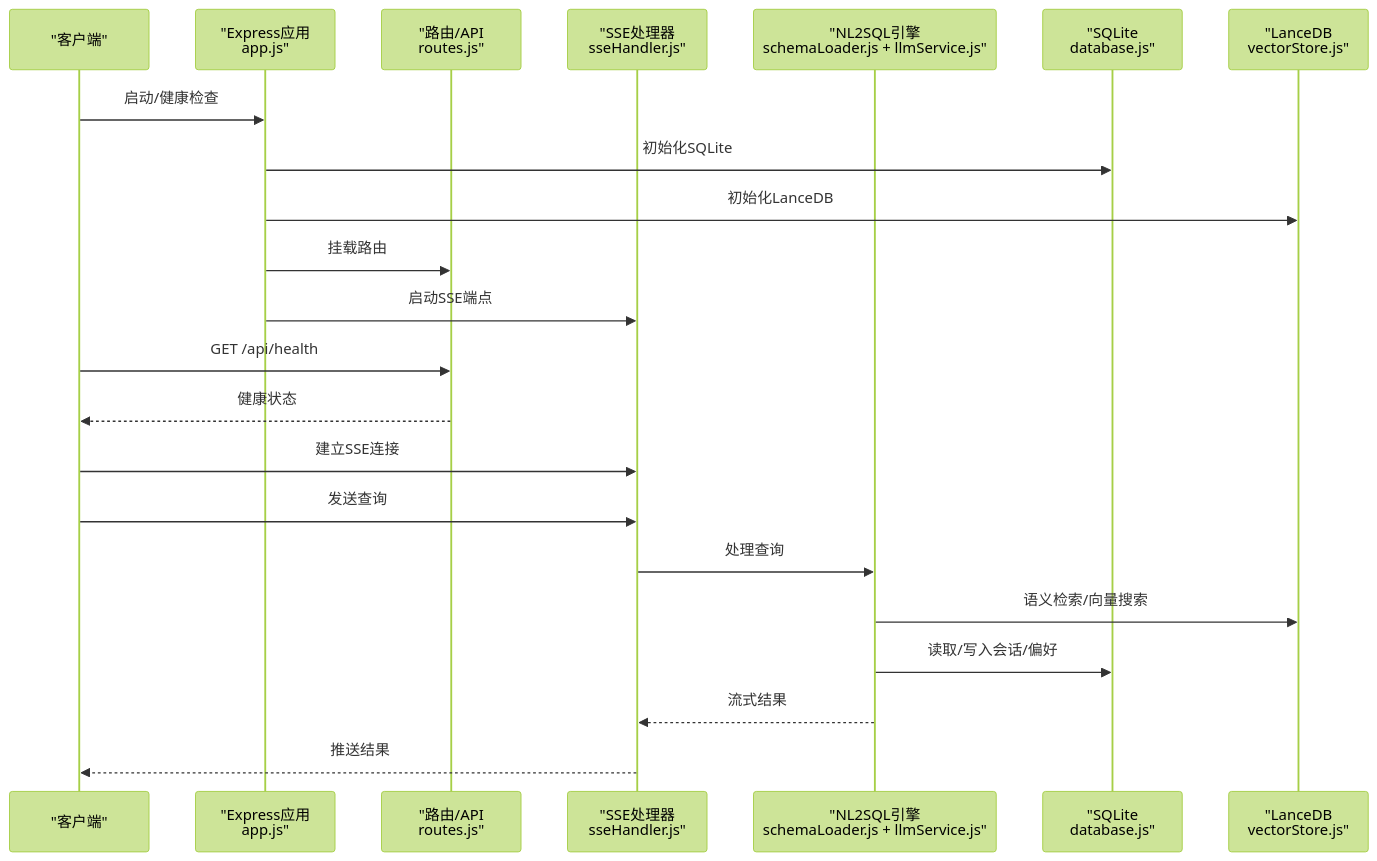
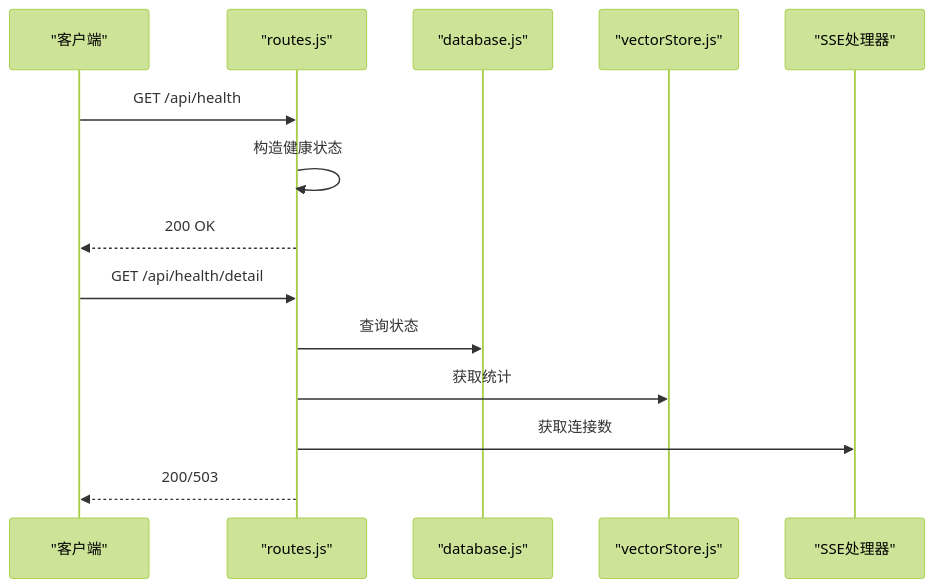
One commit to HanHuiOnLine/724-office changed the third of 7 diagrams in NL2SQL/.qoder/repowiki/zh/content/故障排除.md. Above: the diagram before and after it, drawn with Mermaid (forest theme). The commit also changed other lines of this file and 200 other files, not shown here.

````diff
--- a/NL2SQL/.qoder/repowiki/zh/content/故障排除.md
+++ b/NL2SQL/.qoder/repowiki/zh/content/故障排除.md
@@ -103,24 +145,16 @@
 ```mermaid
 sequenceDiagram
 participant Client as "客户端"
-participant Express as "Express应用<br/>app.js"
-participant Routes as "路由/API<br/>routes.js"
-participant SSE as "SSE处理器<br/>sseHandler.js"
-participant Engine as "NL2SQL引擎<br/>schemaLoader.js + llmService.js"
-participant DB as "SQLite<br/>database.js"
-participant VDB as "LanceDB<br/>vectorStore.js"
-Client->>Express : 启动/健康检查
-Express->>DB : 初始化SQLite
-Express->>VDB : 初始化LanceDB
-Express->>Routes : 挂载路由
-Express->>SSE : 启动SSE端点
-Client->>Routes : GET /api/health
-Routes-->>Client : 健康状态
-Client->>SSE : 建立SSE连接
-Client->>SSE : 发送查询
-SSE->>Engine : 处理查询
-Engine->>VDB : 语义检索/向量搜索
-Engine->>DB : 读取/写入会话/偏好
-Engine-->>SSE : 流式结果
-SSE-->>Client : 推送结果
+participant Router as "routes.js"
+participant DB as "database.js"
+participant VL as "vectorStore.js"
+participant SSE as "SSE处理器"
+Client->>Router : GET /api/health
+Router->>Router : 构造健康状态
+Router-->>Client : 200 OK
+Client->>Router : GET /api/health/detail
+Router->>DB : 查询状态
+Router->>VL : 获取统计
+Router->>SSE : 获取连接数
+Router-->>Client : 200/503
 ```
````
